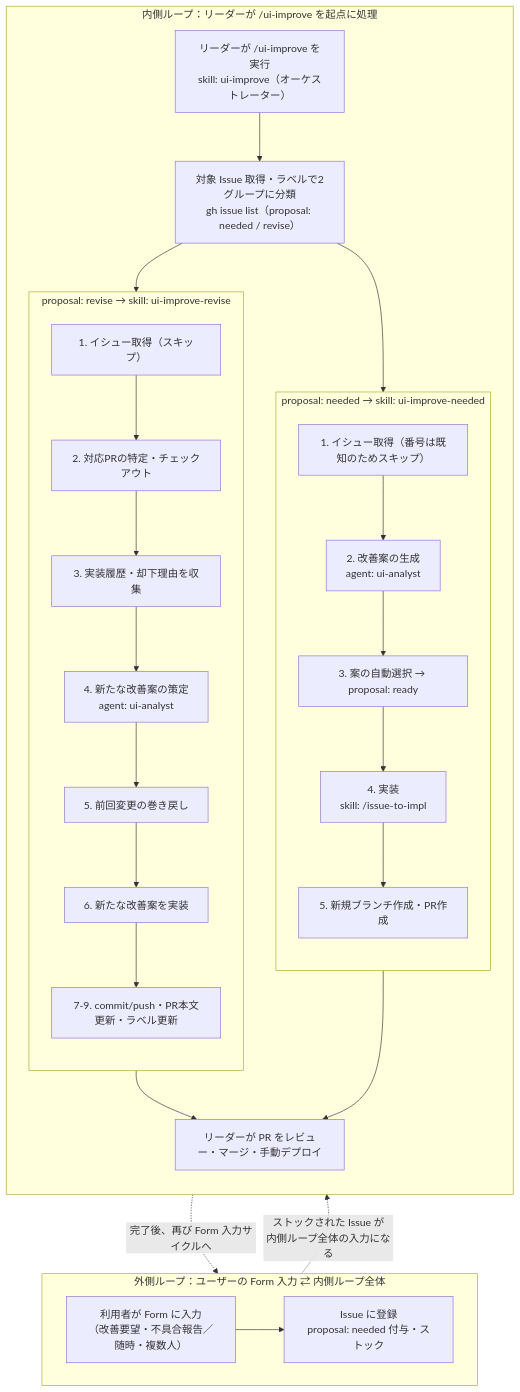
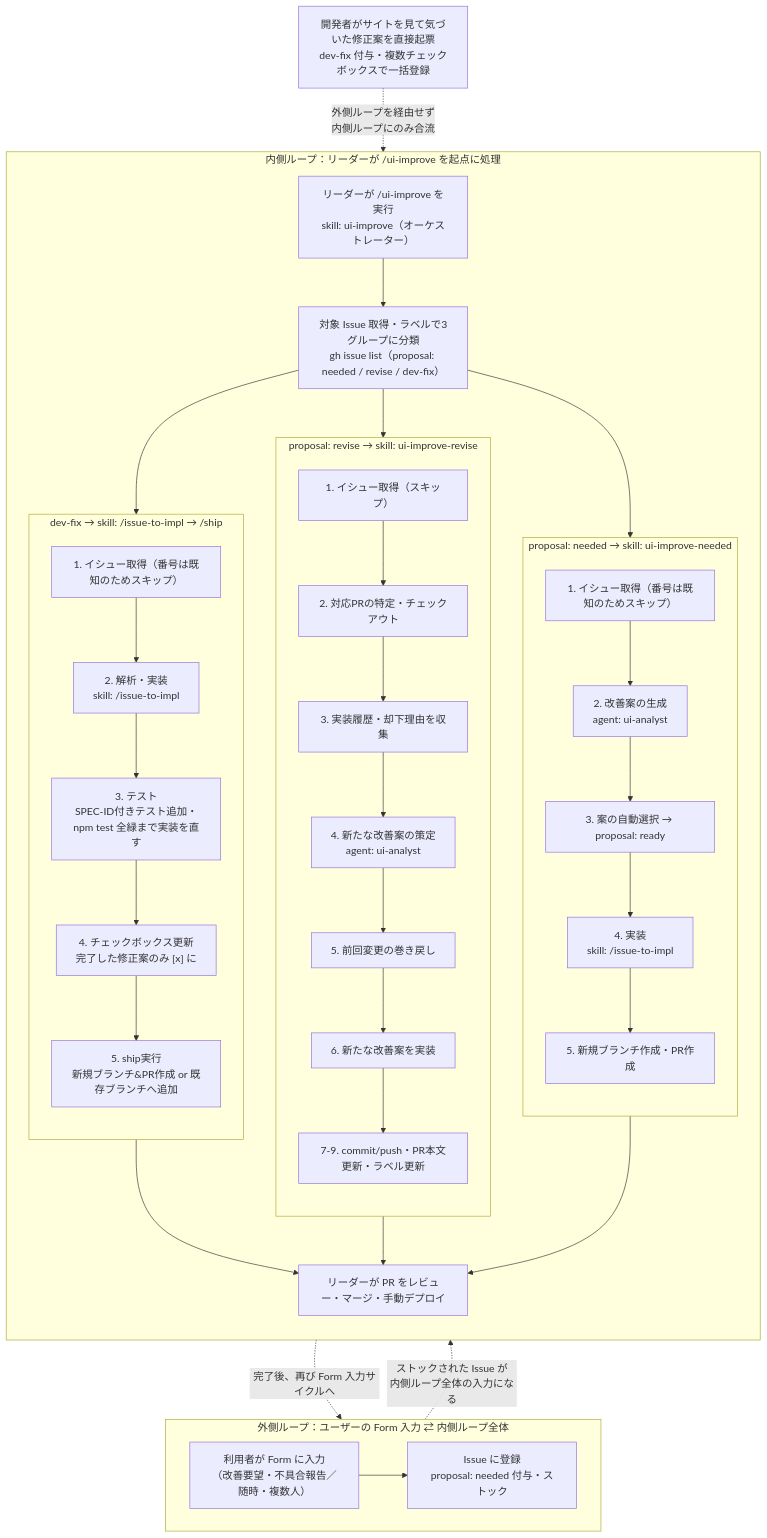
Before and after one commit to kaedemori948/aa4h-forest-rangers: the diagram in README.md, drawn with Mermaid. The commit also changed other lines of this file and 1 other file, not shown here.

Commit message:
excute test when impliment

````diff
--- a/README.md
+++ b/README.md
@@ -56,48 +60,63 @@
 ```mermaid
 flowchart TD
     subgraph OUTER["外側ループ：ユーザーの Form 入力 ⇄ 内側ループ全体"]
         direction LR
         FORM["利用者が Form に入力<br/>（改善要望・不具合報告／随時・複数人）"]
         ISSUE["Issue に登録<br/>proposal: needed 付与・ストック"]
         FORM --> ISSUE
     end
 
+    DEVFIX["開発者がサイトを見て気づいた修正案を直接起票<br/>dev-fix 付与・複数チェックボックスで一括登録"]
+
     subgraph INNER["内側ループ：リーダーが /ui-improve を起点に処理"]
         direction TB
         START["リーダーが /ui-improve を実行<br/>skill: ui-improve（オーケストレーター）"]
-        CLASSIFY["対象 Issue 取得・ラベルで2グループに分類<br/>gh issue list（proposal: needed / revise）"]
+        CLASSIFY["対象 Issue 取得・ラベルで3グループに分類<br/>gh issue list（proposal: needed / revise / dev-fix）"]
         START --> CLASSIFY
 
         subgraph NEEDED["proposal: needed → skill: ui-improve-needed"]
             direction TB
             N1["1. イシュー取得（番号は既知のためスキップ）"]
             N2["2. 改善案の生成<br/>agent: ui-analyst"]
             N3["3. 案の自動選択 → proposal: ready"]
             N4["4. 実装<br/>skill: /issue-to-impl"]
             N5["5. 新規ブランチ作成・PR作成"]
             N1 --> N2 --> N3 --> N4 --> N5
         end
 
         subgraph REVISE["proposal: revise → skill: ui-improve-revise"]
             direction TB
             R1["1. イシュー取得（スキップ）"]
             R2["2. 対応PRの特定・チェックアウト"]
             R3["3. 実装履歴・却下理由を収集"]
             R4["4. 新たな改善案の策定<br/>agent: ui-analyst"]
             R5["5. 前回変更の巻き戻し"]
             R6["6. 新たな改善案を実装"]
             R7["7-9. commit/push・PR本文更新・ラベル更新"]
             R1 --> R2 --> R3 --> R4 --> R5 --> R6 --> R7
         end
 
+        subgraph DEVFIXFLOW["dev-fix → skill: /issue-to-impl → /ship"]
+            direction TB
+            D1["1. イシュー取得（番号は既知のためスキップ）"]
+            D2["2. 解析・実装<br/>skill: /issue-to-impl"]
+            D3["3. テスト<br/>SPEC-ID付きテスト追加・npm test 全緑まで実装を直す"]
+            D4["4. チェックボックス更新<br/>完了した修正案のみ [x] に"]
+            D5["5. ship実行<br/>新規ブランチ&PR作成 or 既存ブランチへ追加"]
+            D1 --> D2 --> D3 --> D4 --> D5
+        end
+
         CLASSIFY --> N1
         CLASSIFY --> R1
+        CLASSIFY --> D1
 
         MERGE["リーダーが PR をレビュー・マージ・手動デプロイ"]
         N5 --> MERGE
         R7 --> MERGE
+        D5 --> MERGE
     end
 
     ISSUE -.->|"ストックされた Issue が<br/>内側ループ全体の入力になる"| START
+    DEVFIX -.->|"外側ループを経由せず<br/>内側ループにのみ合流"| START
     MERGE -.->|"完了後、再び Form 入力サイクルへ"| FORM
 ```
````
